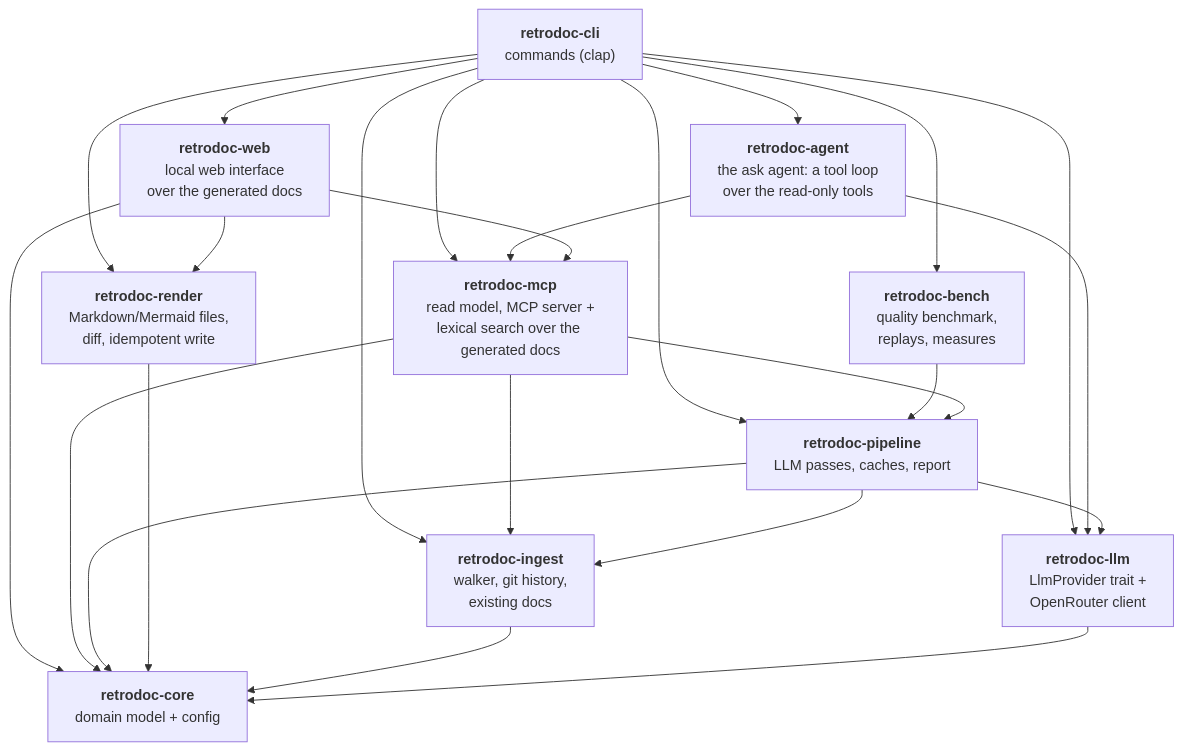
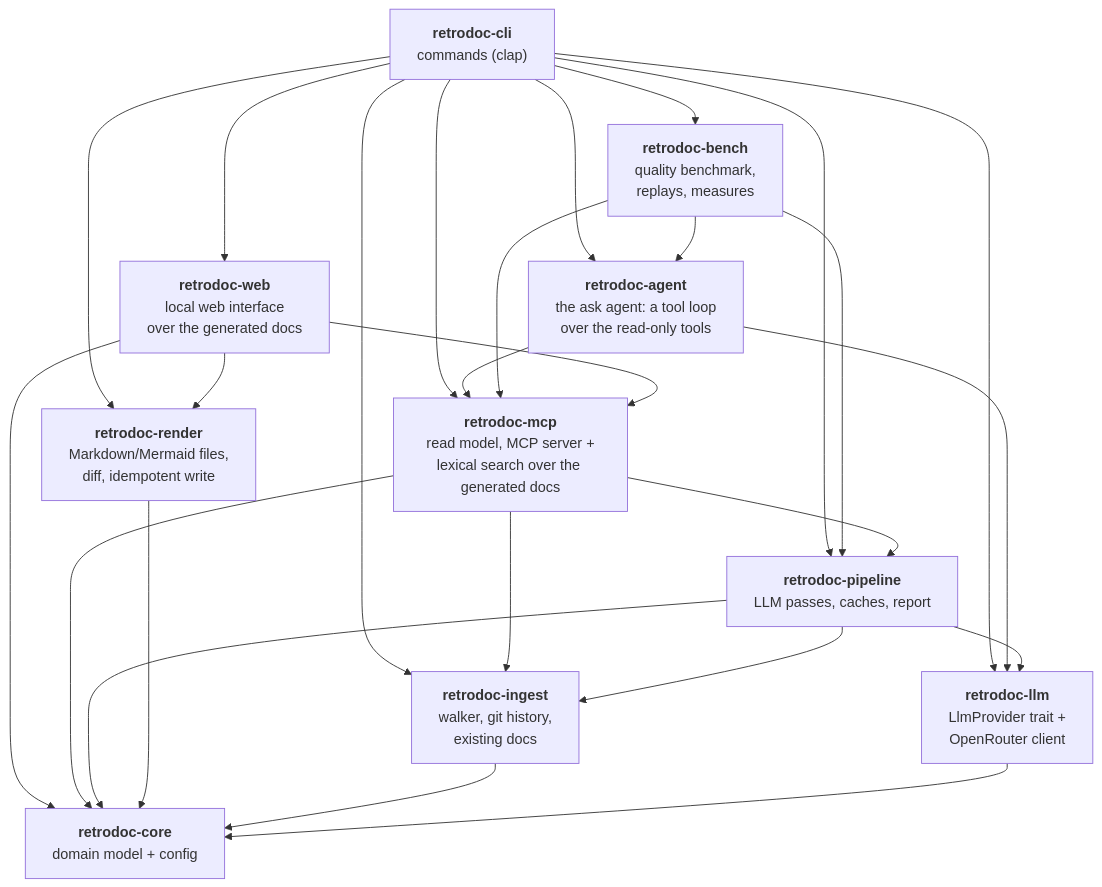
Before and after one commit to Electron-libre/RetroDoc: the second of 9 diagrams in docs/ARCHITECTURE.md, drawn with Mermaid. The commit also changed 15 other files, not shown here.

````diff
--- a/docs/ARCHITECTURE.md
+++ b/docs/ARCHITECTURE.md
@@ -27,37 +27,39 @@
 ```mermaid
 flowchart TD
     cli["<b>retrodoc-cli</b><br/>commands (clap)"]
     pipe["<b>retrodoc-pipeline</b><br/>LLM passes, caches, report"]
     render["<b>retrodoc-render</b><br/>Markdown/Mermaid files,<br/>diff, idempotent write"]
     agent["<b>retrodoc-agent</b><br/>the ask agent: a tool loop<br/>over the read-only tools"]
     mcp["<b>retrodoc-mcp</b><br/>read model, MCP server +<br/>lexical search over the generated docs"]
     bench["<b>retrodoc-bench</b><br/>quality benchmark,<br/>replays, measures"]
     web["<b>retrodoc-web</b><br/>local web interface<br/>over the generated docs"]
     ingest["<b>retrodoc-ingest</b><br/>walker, git history,<br/>existing docs"]
     llm["<b>retrodoc-llm</b><br/>LlmProvider trait +<br/>OpenRouter client"]
     core["<b>retrodoc-core</b><br/>domain model + config"]
 
     cli --> pipe
     cli --> render
     cli --> ingest
     cli --> llm
     cli --> mcp
     cli --> web
     cli --> bench
     cli --> agent
     agent --> mcp
     agent --> llm
     bench --> pipe
+    bench --> agent
+    bench --> mcp
     web --> mcp
     web --> render
     web --> core
     mcp --> pipe
     mcp --> ingest
     mcp --> core
     pipe --> ingest
     pipe --> llm
     pipe --> core
     render --> core
     ingest --> core
     llm --> core
 ```
````
